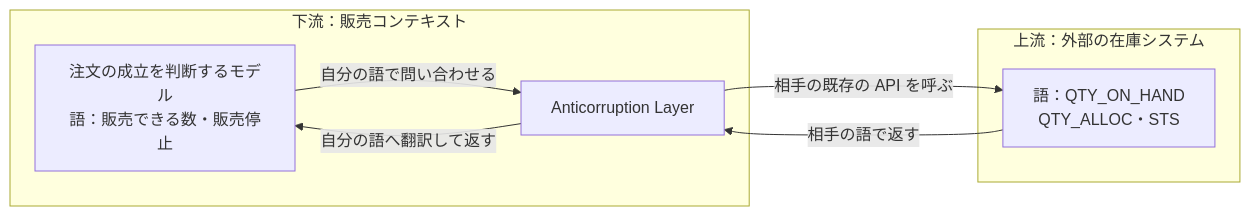
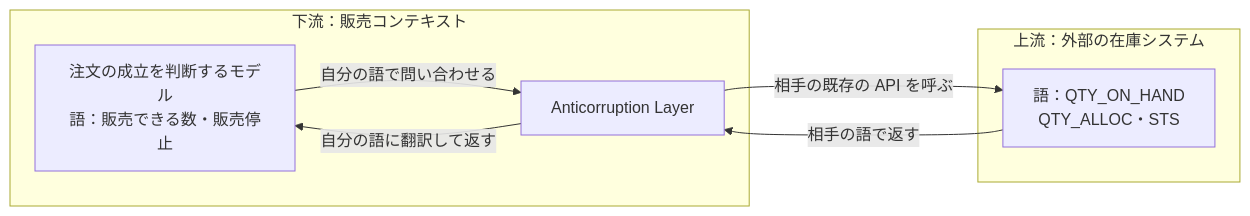
The first of 5 diagrams in content/notes/software-architecture/anti-corruption-layer/index.md (nao1215/debimate), drawn with Mermaid before and after one commit. The commit also changed other lines of this file and 46 other files, not shown here.

````diff
--- a/content/notes/software-architecture/anti-corruption-layer/index.md
+++ b/content/notes/software-architecture/anti-corruption-layer/index.md
@@ -22,14 +22,14 @@
 ```mermaid
 flowchart LR
     subgraph DOWN["下流：販売コンテキスト"]
         M["注文の成立を判断するモデル<br/>語：販売できる数・販売停止"]
         A["Anticorruption Layer"]
     end
     subgraph UP["上流：外部の在庫システム"]
         L["語：QTY_ON_HAND<br/>QTY_ALLOC・STS"]
     end
     M -- "自分の語で問い合わせる" --> A
     A -- "相手の既存の API を呼ぶ" --> L
     L -- "相手の語で返す" --> A
-    A -- "自分の語へ翻訳して返す" --> M
+    A -- "自分の語に翻訳して返す" --> M
 ```
````
